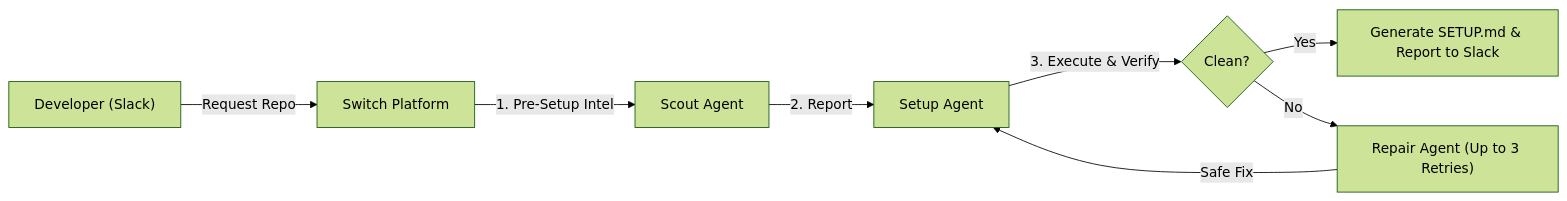
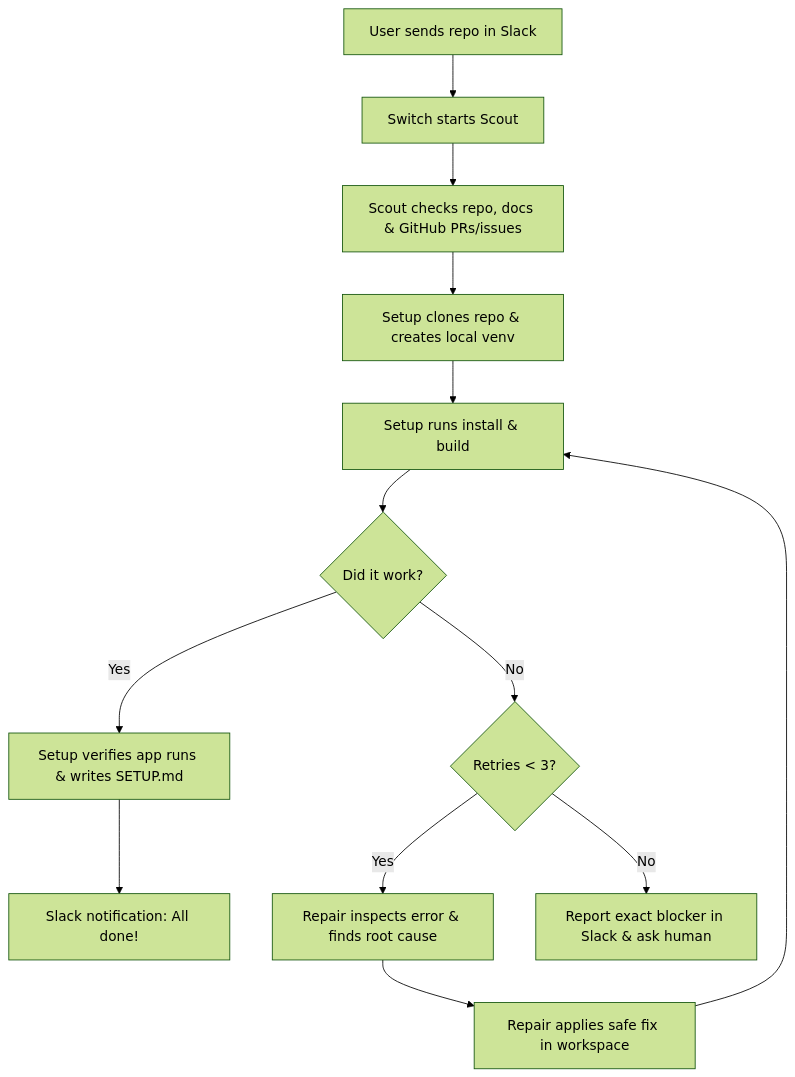
Before and after one commit to ravindhar1108/switch-setup-desk: the diagram in README.md, drawn with Mermaid (forest theme). The commit also changed other lines of this file and 21 other files, not shown here.

````diff
--- a/README.md
+++ b/README.md
@@ -106,10 +62,18 @@
 ```mermaid
-flowchart LR
-    A["Developer (Slack)"] -->|"Request Repo"| B["Switch Platform"]
-    B -->|"1. Pre-Setup Intel"| C["Scout Agent"]
-    C -->|"2. Report"| D["Setup Agent"]
-    D -->|"3. Execute & Verify"| E{"Clean?"}
-    E -- Yes --> F["Generate SETUP.md & Report to Slack"]
-    E -- No --> G["Repair Agent (Up to 3 Retries)"]
-    G -->|"Safe Fix"| D
+flowchart TD
+    A["User sends repo in Slack"] --> B["Switch starts Scout"]
+    B --> C["Scout checks repo, docs & GitHub PRs/issues"]
+    C --> D["Setup clones repo & creates local venv"]
+    D --> E["Setup runs install & build"]
+    E --> F{"Did it work?"}
+    
+    F -- Yes --> G["Setup verifies app runs & writes SETUP.md"]
+    G --> H["Slack notification: All done!"]
+    
+    F -- No --> I{"Retries < 3?"}
+    I -- Yes --> J["Repair inspects error & finds root cause"]
+    J --> K["Repair applies safe fix in workspace"]
+    K --> E
+    
+    I -- No --> L["Report exact blocker in Slack & ask human"]
 ```
````
